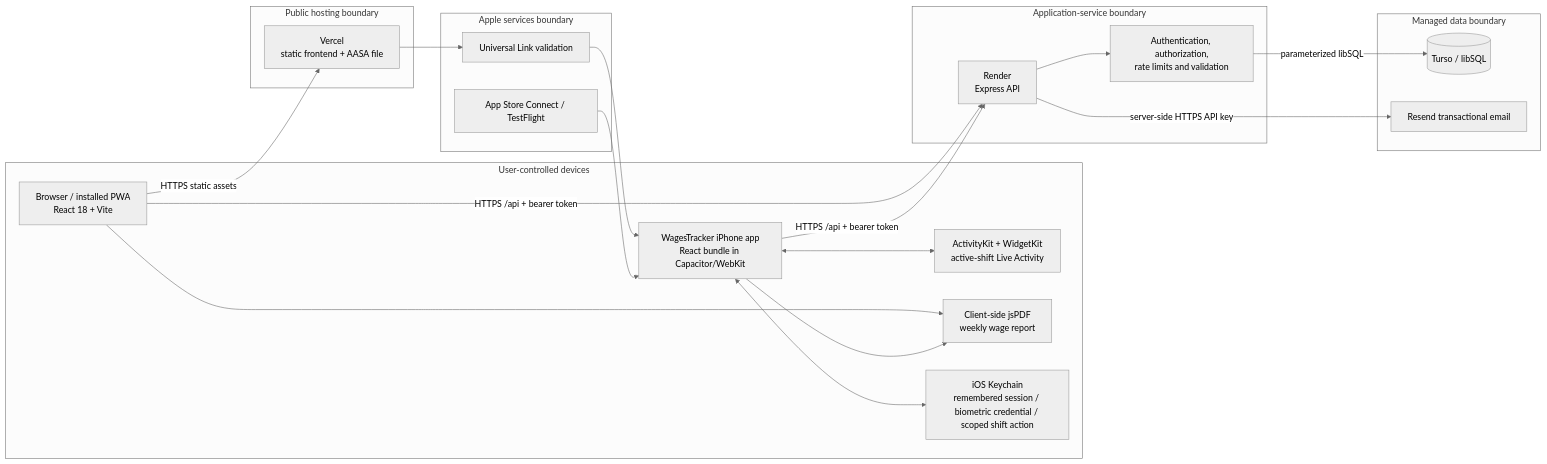
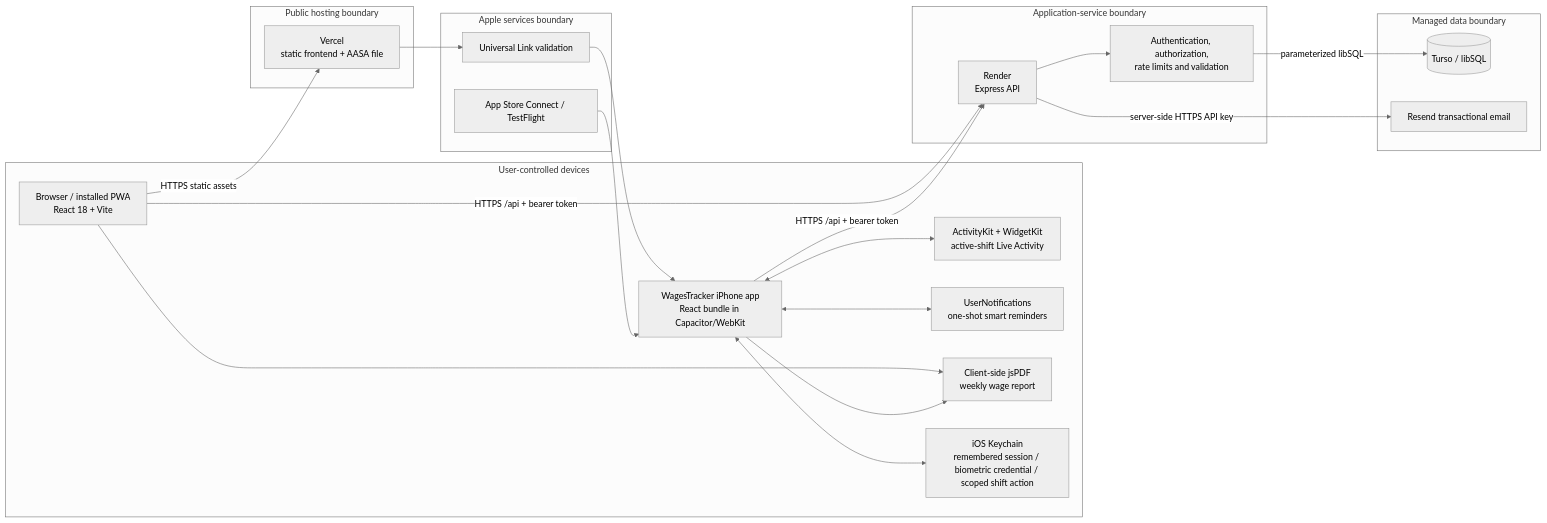
The first of 4 diagrams in docs/architecture.md (Ezaz-Ahmad/WagesTracker), drawn with Mermaid (neutral theme) before and after one commit. The commit also changed other lines of this file and 33 other files, not shown here.

First line of the commit message:
smart shift reminders (#53)

````diff
--- a/docs/architecture.md
+++ b/docs/architecture.md
@@ -11,43 +11,45 @@
 ```mermaid
 flowchart LR
   subgraph U["User-controlled devices"]
     WEB["Browser / installed PWA\nReact 18 + Vite"]
     IOS["WagesTracker iPhone app\nReact bundle in Capacitor/WebKit"]
     LIVE["ActivityKit + WidgetKit\nactive-shift Live Activity"]
+    REMIND["UserNotifications\none-shot smart reminders"]
     PDF["Client-side jsPDF\nweekly wage report"]
     KEYCHAIN["iOS Keychain\nremembered session / biometric credential / scoped shift action"]
   end
 
   subgraph EDGE["Public hosting boundary"]
     VERCEL["Vercel\nstatic frontend + AASA file"]
   end
 
   subgraph APIB["Application-service boundary"]
     RENDER["Render\nExpress API"]
     AUTH["Authentication, authorization,\nrate limits and validation"]
   end
 
   subgraph DATA["Managed data boundary"]
     TURSO[("Turso / libSQL")]
     RESEND["Resend transactional email"]
   end
 
   subgraph APPLE["Apple services boundary"]
     AASA["Universal Link validation"]
     ASC["App Store Connect / TestFlight"]
   end
 
   WEB -->|"HTTPS static assets"| VERCEL
   WEB -->|"HTTPS /api + bearer token"| RENDER
   IOS -->|"HTTPS /api + bearer token"| RENDER
   RENDER --> AUTH
   AUTH -->|"parameterized libSQL"| TURSO
   RENDER -->|"server-side HTTPS API key"| RESEND
   WEB --> PDF
   IOS --> PDF
   IOS <--> LIVE
+  IOS <--> REMIND
   IOS <--> KEYCHAIN
   VERCEL --> AASA
   AASA --> IOS
   ASC --> IOS
 ```
````
